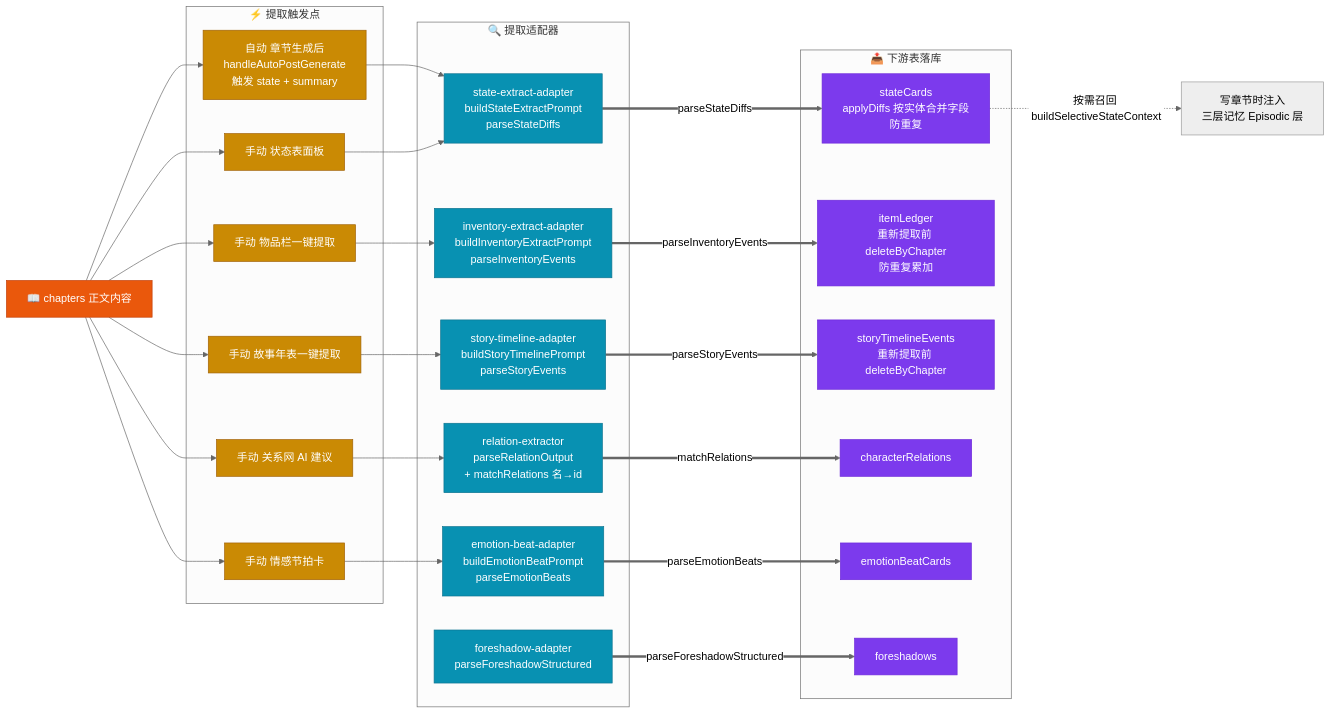
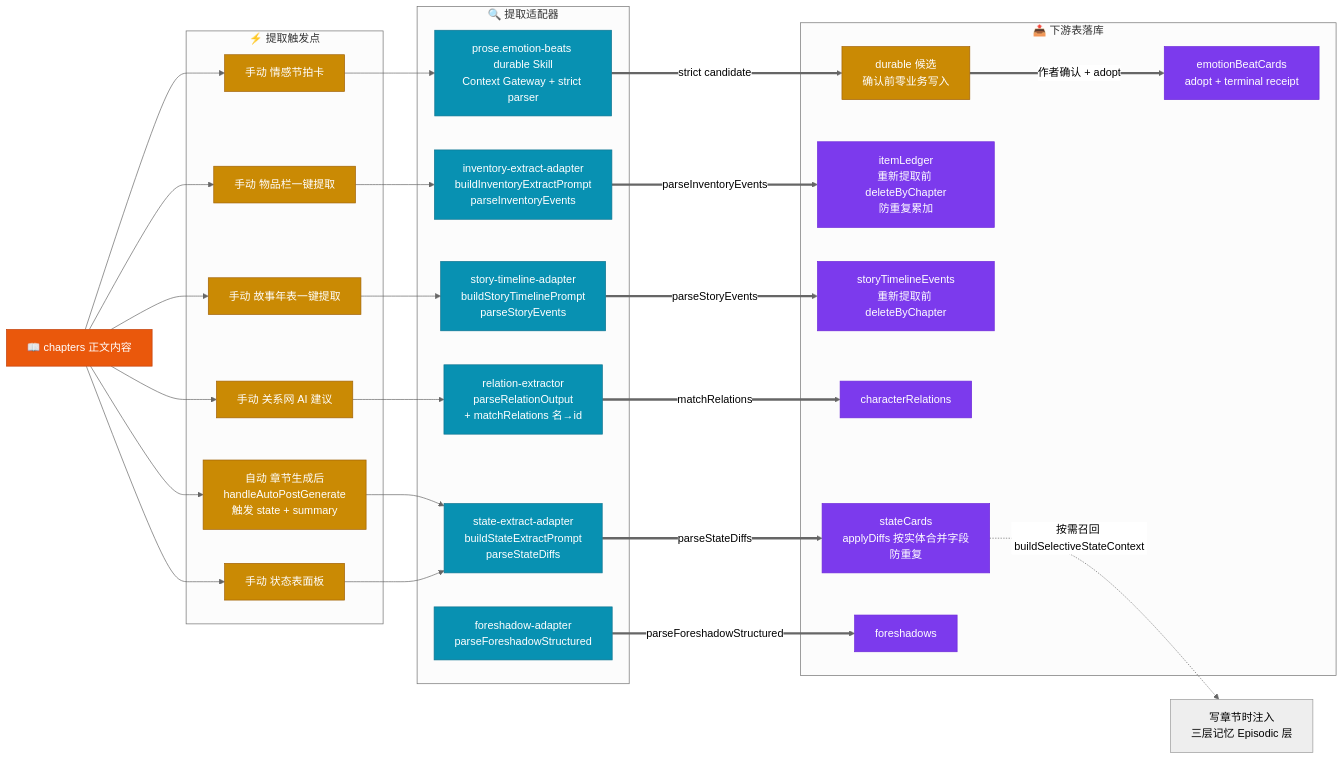
The fourth of 15 diagrams in docs/DATA-FLOW-DIAGRAM.md (yuanbw2025/storyforge), drawn with Mermaid (neutral theme) before and after one commit. The commit also changed other lines of this file and 15 other files, not shown here.

First line of the commit message:
feat(HARNESS-61): govern emotion beat planning

````diff
--- a/docs/DATA-FLOW-DIAGRAM.md
+++ b/docs/DATA-FLOW-DIAGRAM.md
@@ -441,63 +441,66 @@
 ```mermaid
 flowchart LR
     CHAPTERS["📖 chapters 正文内容"]
 
     subgraph EXTRACT["🔍 提取适配器"]
         SEX["state-extract-adapter<br/>buildStateExtractPrompt<br/>parseStateDiffs"]
         IEX["inventory-extract-adapter<br/>buildInventoryExtractPrompt<br/>parseInventoryEvents"]
         TEX["story-timeline-adapter<br/>buildStoryTimelinePrompt<br/>parseStoryEvents"]
         REX["relation-extractor<br/>parseRelationOutput<br/>+ matchRelations 名→id"]
-        EBA["emotion-beat-adapter<br/>buildEmotionBeatPrompt<br/>parseEmotionBeats"]
+        EBA["prose.emotion-beats durable Skill<br/>Context Gateway + strict parser"]
         FCO["foreshadow-adapter<br/>parseForeshadowStructured"]
     end
 
     subgraph TRIG["⚡ 提取触发点"]
         AUTO["自动 章节生成后<br/>handleAutoPostGenerate<br/>触发 state + summary"]
         MANU_S["手动 状态表面板"]
         MANU_I["手动 物品栏一键提取"]
         MANU_T["手动 故事年表一键提取"]
         MANU_R["手动 关系网 AI 建议"]
         MANU_E["手动 情感节拍卡"]
     end
 
     subgraph DTABLES["📤 下游表落库"]
         ST["stateCards<br/>applyDiffs 按实体合并字段<br/>防重复"]
         IL["itemLedger<br/>重新提取前 deleteByChapter<br/>防重复累加"]
         ST_T["storyTimelineEvents<br/>重新提取前 deleteByChapter"]
         CR["characterRelations"]
-        EB["emotionBeatCards"]
+        EBC["durable 候选<br/>确认前零业务写入"]
+        EB["emotionBeatCards<br/>adopt + terminal receipt"]
         FO["foreshadows"]
     end
 
     CHAPTERS --> AUTO
     CHAPTERS --> MANU_S
     CHAPTERS --> MANU_I
     CHAPTERS --> MANU_T
     CHAPTERS --> MANU_R
     CHAPTERS --> MANU_E
 
     AUTO --> SEX
     MANU_S --> SEX
     MANU_I --> IEX
     MANU_T --> TEX
     MANU_R --> REX
     MANU_E --> EBA
 
     SEX ==parseStateDiffs==> ST
     IEX ==parseInventoryEvents==> IL
     TEX ==parseStoryEvents==> ST_T
     REX ==matchRelations==> CR
-    EBA ==parseEmotionBeats==> EB
+    EBA ==strict candidate==> EBC
+    EBC ==作者确认 + adopt==> EB
     FCO ==parseForeshadowStructured==> FO
 
     ST -.按需召回 buildSelectiveStateContext.-> RECALL["写章节时注入<br/>三层记忆 Episodic 层"]
 
     classDef table fill:#7c3aed,stroke:#6d28d9,color:#fff;
     classDef adp fill:#0891b2,stroke:#0e7490,color:#fff;
     classDef trig fill:#ca8a04,stroke:#a16207,color:#fff;
     classDef src fill:#ea580c,stroke:#c2410c,color:#fff;
     class ST,IL,ST_T,CR,EB,FO table
+    class EBC trig
     class SEX,IEX,TEX,REX,EBA,FCO adp
     class AUTO,MANU_S,MANU_I,MANU_T,MANU_R,MANU_E trig
     class CHAPTERS src
 ```
````
